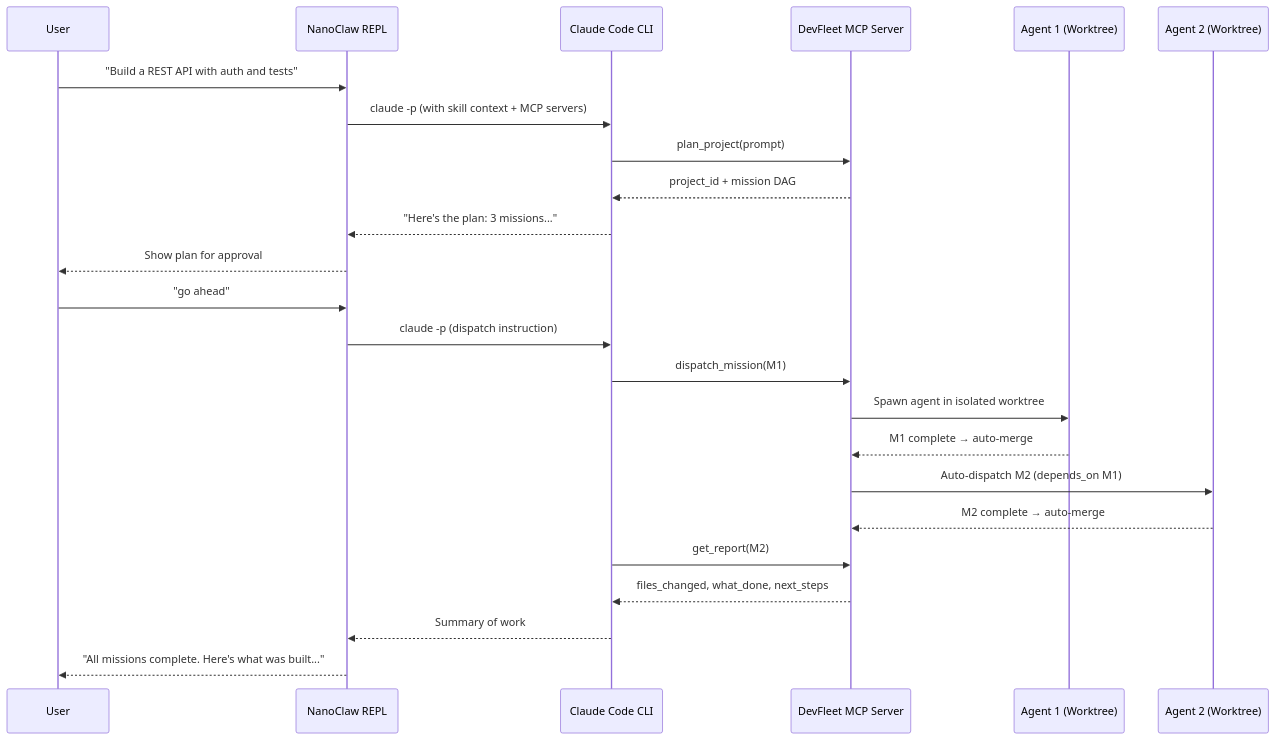
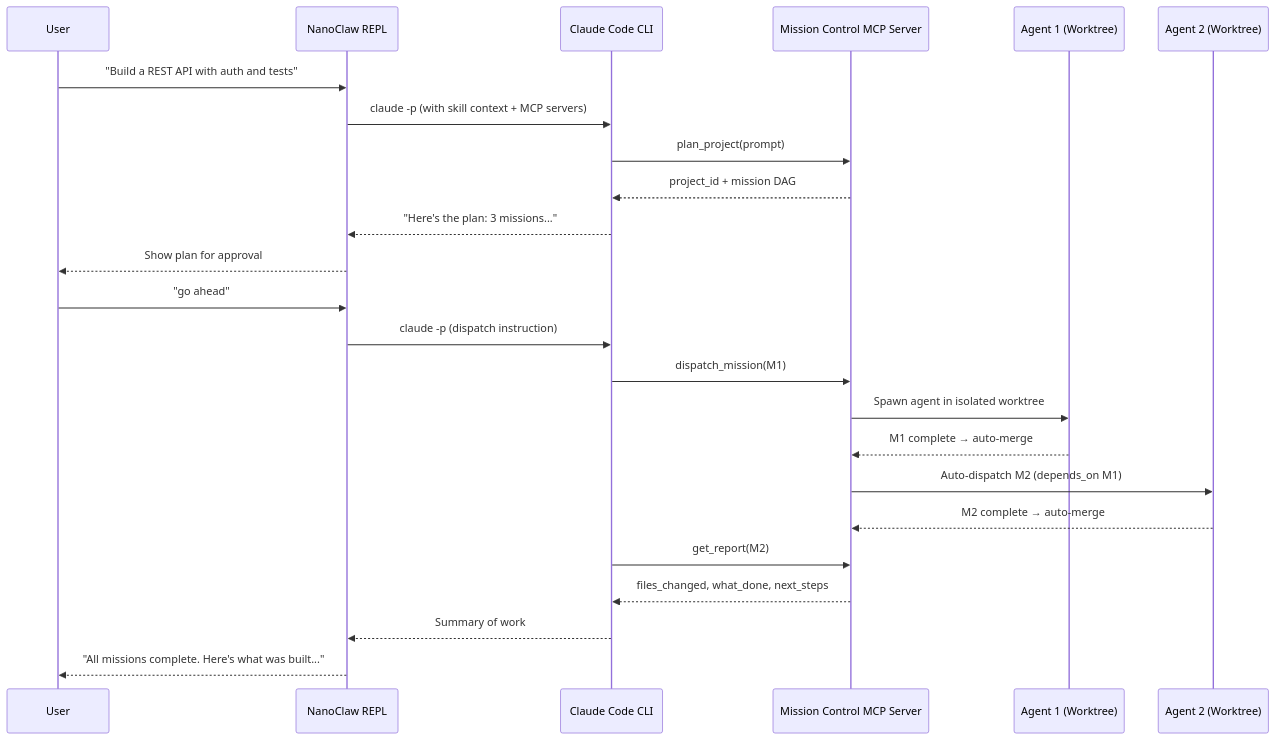
Before and after one commit to Cyvid7-Darus10/claude-mission-control: the diagram in integrations/openclaw/README.md, drawn with Mermaid. The commit also changed other lines of this file and 27 other files, not shown here.

First line of the commit message:
feat: scratch rebuild — new architecture, plan, and research docs

````diff
--- a/integrations/openclaw/README.md
+++ b/integrations/openclaw/README.md
@@ -7,27 +7,27 @@
 ```mermaid
 sequenceDiagram
     participant U as User
     participant C as NanoClaw REPL
     participant CL as Claude Code CLI
-    participant D as DevFleet MCP Server
+    participant D as Mission Control MCP Server
     participant A1 as Agent 1 (Worktree)
     participant A2 as Agent 2 (Worktree)
 
     U->>C: "Build a REST API with auth and tests"
     C->>CL: claude -p (with skill context + MCP servers)
     CL->>D: plan_project(prompt)
     D-->>CL: project_id + mission DAG
     CL-->>C: "Here's the plan: 3 missions..."
     C-->>U: Show plan for approval
     U->>C: "go ahead"
     C->>CL: claude -p (dispatch instruction)
     CL->>D: dispatch_mission(M1)
     D->>A1: Spawn agent in isolated worktree
     A1-->>D: M1 complete → auto-merge
     D->>A2: Auto-dispatch M2 (depends_on M1)
     A2-->>D: M2 complete → auto-merge
     CL->>D: get_report(M2)
     D-->>CL: files_changed, what_done, next_steps
     CL-->>C: Summary of work
     C-->>U: "All missions complete. Here's what was built..."
 ```
````
